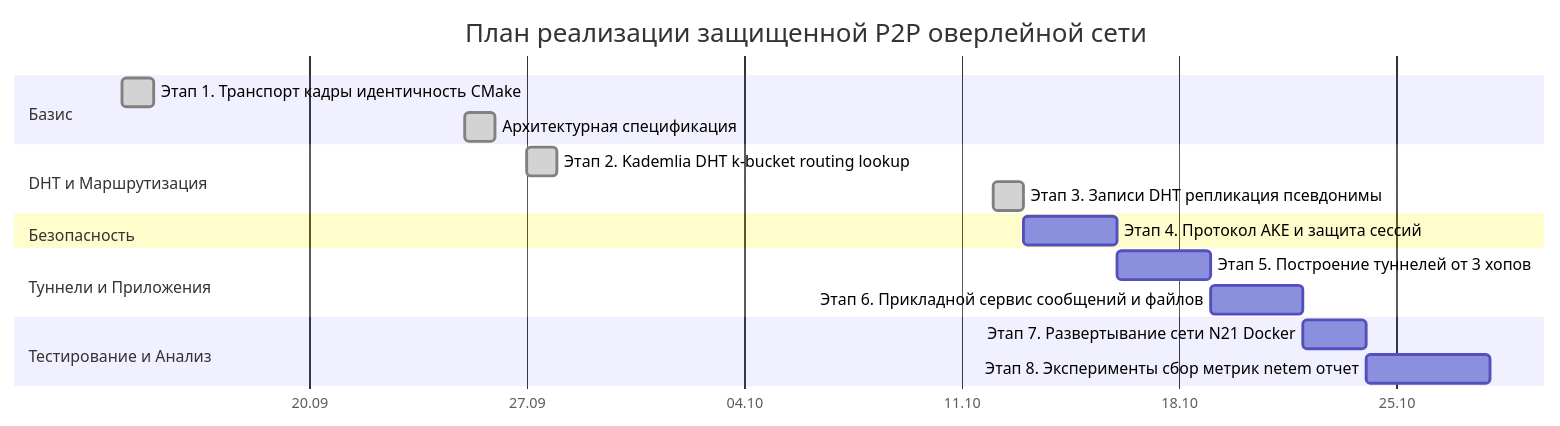
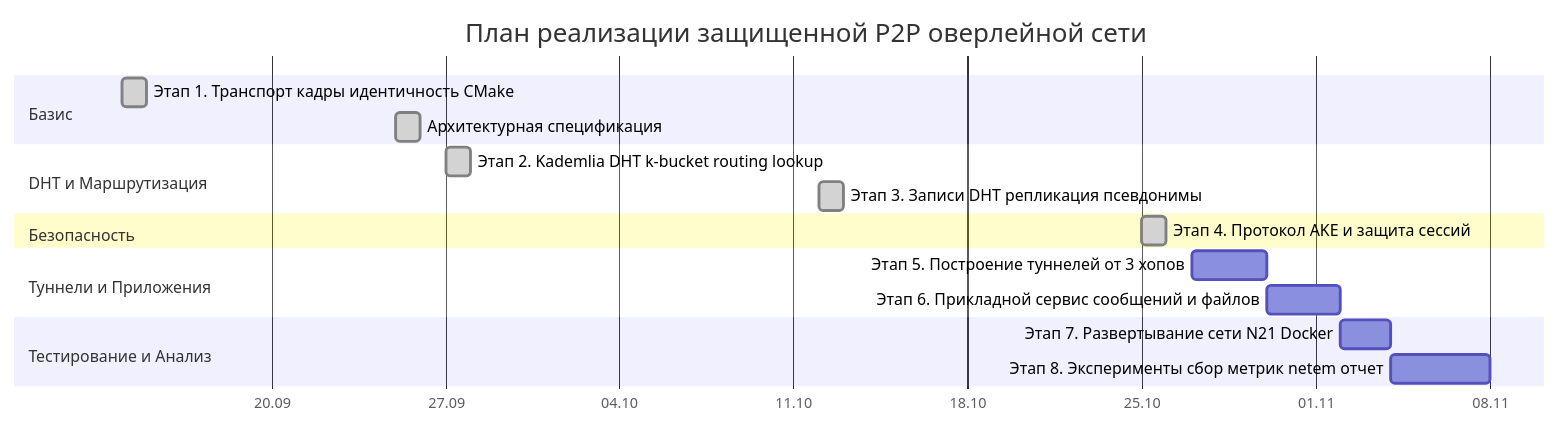
Before and after one commit to dmortyanov/p2p-overlay: the eighth of 8 diagrams in docs/architecture.md, drawn with Mermaid. The commit also changed other lines of this file and 22 other files, not shown here.

````diff
--- a/docs/architecture.md
+++ b/docs/architecture.md
@@ -528,20 +528,20 @@
 ```mermaid
 gantt
     title План реализации защищенной P2P оверлейной сети
     dateFormat  YYYY-MM-DD
     axisFormat  %d.%m
     section Базис
     Этап 1. Транспорт кадры идентичность CMake       :done, s1, 2026-09-14, 1d
     Архитектурная спецификация                      :done, s_arch, 2026-09-25, 1d
     section DHT и Маршрутизация
     Этап 2. Kademlia DHT k-bucket routing lookup    :done, s2, 2026-09-27, 1d
     Этап 3. Записи DHT репликация псевдонимы        :done, s3, 2026-10-12, 1d
     section Безопасность
-    Этап 4. Протокол AKE и защита сессий            :s4, 2026-10-13, 3d
+    Этап 4. Протокол AKE и защита сессий            :done, s4, 2026-10-25, 1d
     section Туннели и Приложения
-    Этап 5. Построение туннелей от 3 хопов          :s5, 2026-10-16, 3d
-    Этап 6. Прикладной сервис сообщений и файлов    :s6, 2026-10-19, 3d
+    Этап 5. Построение туннелей от 3 хопов          :s5, 2026-10-27, 3d
+    Этап 6. Прикладной сервис сообщений и файлов    :s6, 2026-10-30, 3d
     section Тестирование и Анализ
-    Этап 7. Развертывание сети N21 Docker           :s7, 2026-10-22, 2d
-    Этап 8. Эксперименты сбор метрик netem отчет    :s8, 2026-10-24, 4d
+    Этап 7. Развертывание сети N21 Docker           :s7, 2026-11-02, 2d
+    Этап 8. Эксперименты сбор метрик netem отчет    :s8, 2026-11-04, 4d
 ```
````
